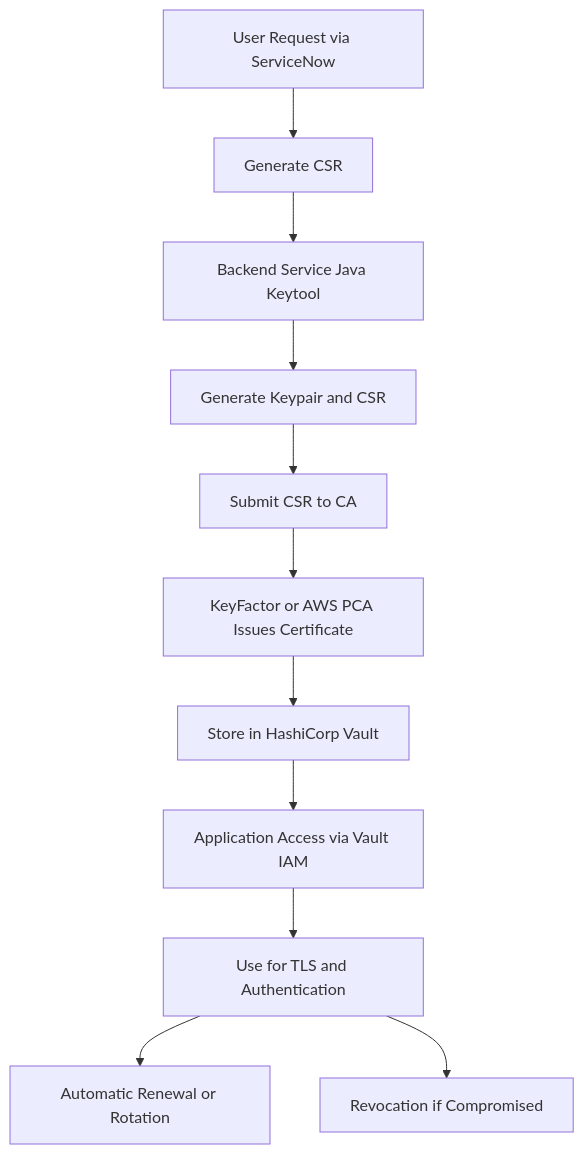
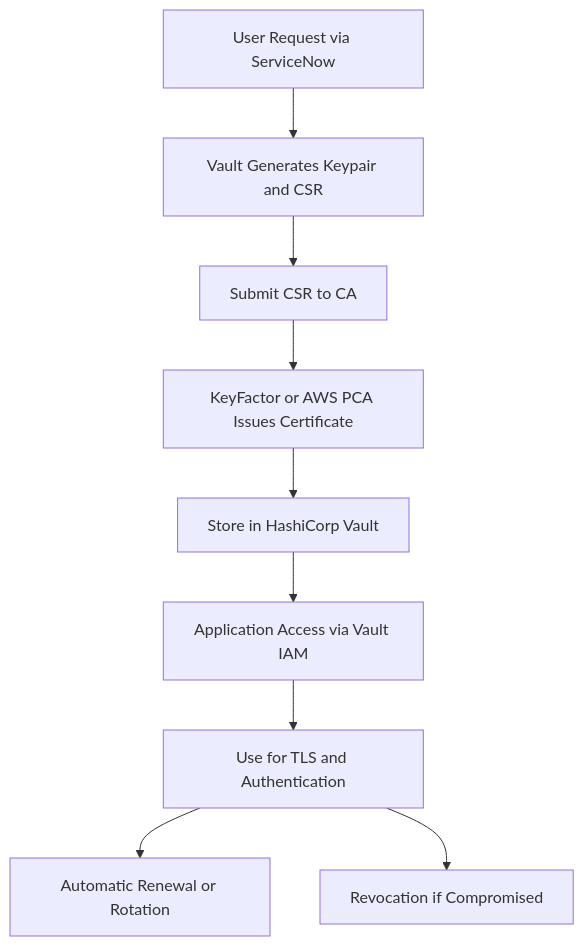
The diagram in README.md (EC528-Fall-2025/AutoSec-Certs), drawn with Mermaid before and after one commit.

Commit message:
update flowchart

````diff
--- a/README.md
+++ b/README.md
@@ -64,13 +64,11 @@
 ```mermaid
 flowchart TD
-  A[User Request via ServiceNow] --> B[Generate CSR]
-  B --> X1[Backend Service Java Keytool]
-  X1 --> X2[Generate Keypair and CSR]
-  X2 --> X3[Submit CSR to CA]
-  X3 --> C[KeyFactor or AWS PCA Issues Certificate]
-  C --> D[Store in HashiCorp Vault]
-  D --> E[Application Access via Vault IAM]
-  E --> F[Use for TLS and Authentication]
-  F --> G[Automatic Renewal or Rotation]
-  F --> H[Revocation if Compromised]
+  A[User Request via ServiceNow] --> B[Vault Generates Keypair and CSR]
+  B --> C[Submit CSR to CA]
+  C --> D[KeyFactor or AWS PCA Issues Certificate]
+  D --> E[Store in HashiCorp Vault]
+  E --> F[Application Access via Vault IAM]
+  F --> G[Use for TLS and Authentication]
+  G --> H[Automatic Renewal or Rotation]
+  G --> I[Revocation if Compromised]
 ```
````
